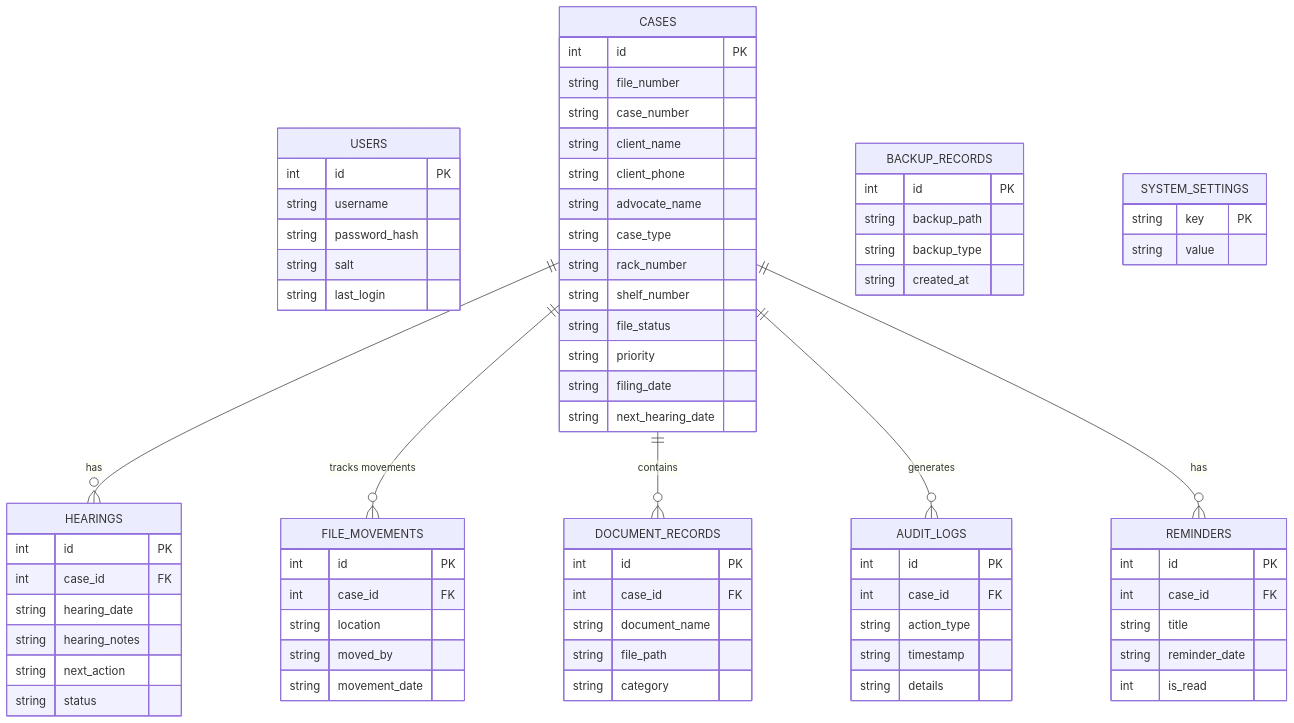
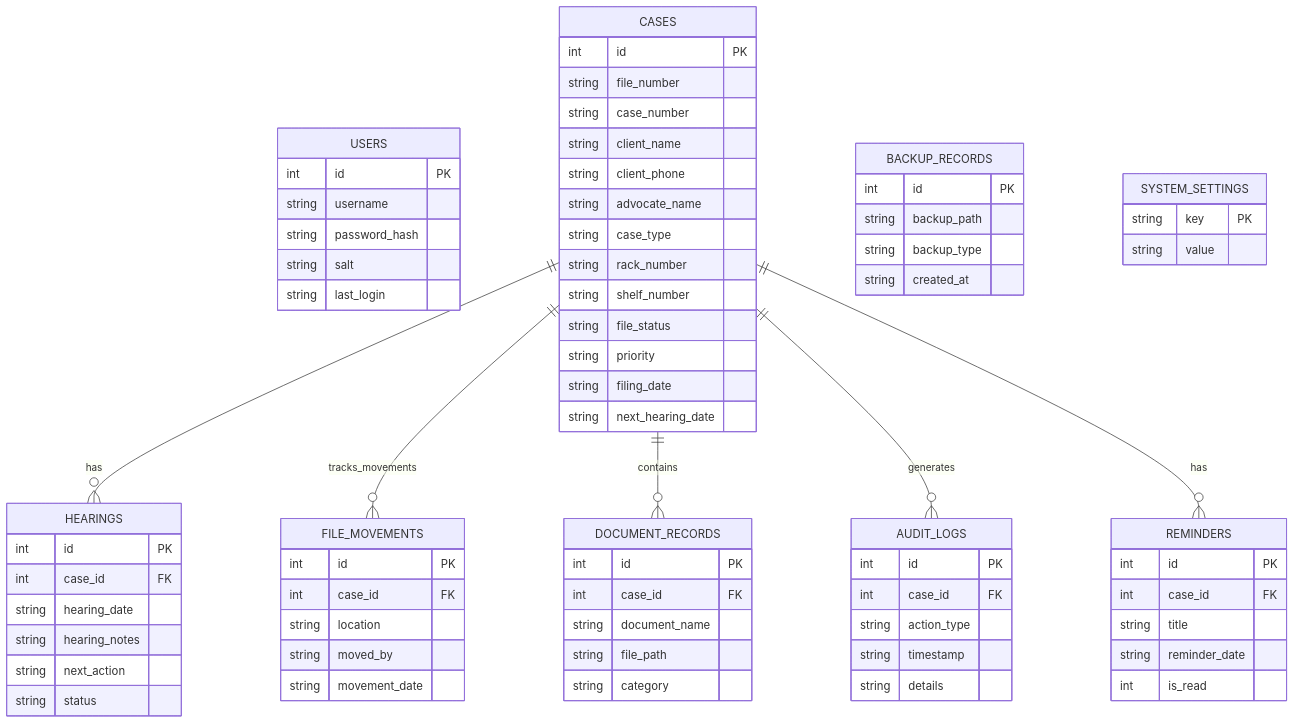
The third of 4 diagrams in ARCHITECTURE.md (angel7544/legal_manger_android), drawn with Mermaid before and after one commit. The commit also changed other lines of this file, not shown here.

Commit message:
architecture.md fixex for mermaid renders

```diff
--- a/ARCHITECTURE.md
+++ b/ARCHITECTURE.md
@@ -173,7 +173,7 @@
     }
 
     CASES ||--o{ HEARINGS : "has"
-    CASES ||--o{ FILE_MOVEMENTS : "tracks movements"
+    CASES ||--o{ FILE_MOVEMENTS : "tracks_movements"
     CASES ||--o{ DOCUMENT_RECORDS : "contains"
     CASES ||--o{ AUDIT_LOGS : "generates"
     CASES ||--o{ REMINDERS : "has"
```
